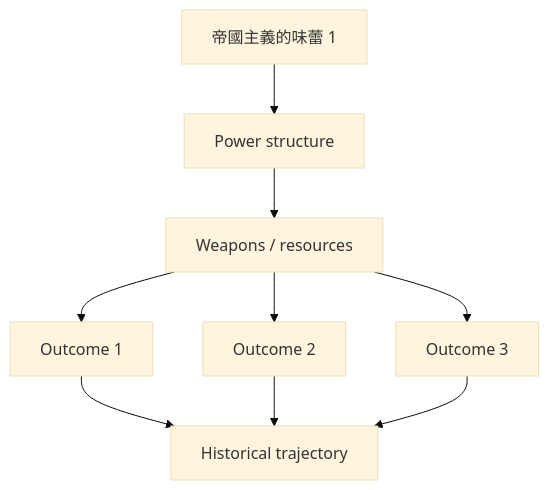
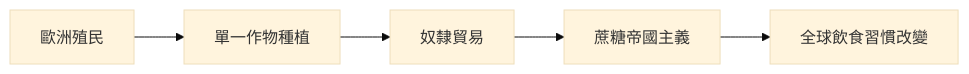
The second of 7 diagrams in 01_HKU_Courses/HIST2077_Eating_history.md (yip-lgtm/HKU-Harvard-History-Self-Study), drawn with Mermaid (base theme) before and after one commit. The commit also changed other lines of this file and 48 other files, not shown here.

````diff
--- a/01_HKU_Courses/HIST2077_Eating_history.md
+++ b/01_HKU_Courses/HIST2077_Eating_history.md
@@ -146,11 +99,7 @@
 ```mermaid
-graph TD
-    A[帝國主義的味蕾 1] --> B[Power structure]
-    B --> C[Weapons / resources]
-    C --> D[Outcome 1]
-    C --> E[Outcome 2]
-    C --> F[Outcome 3]
-    D --> G[Historical trajectory]
-    E --> G
-    F --> G
+flowchart LR
+    A[歐洲殖民] --> B[單一作物種植]
+    B --> C[奴隸貿易]
+    C --> D[蔗糖帝國主義]
+    D --> E[全球飲食習慣改變]
 ```
````
